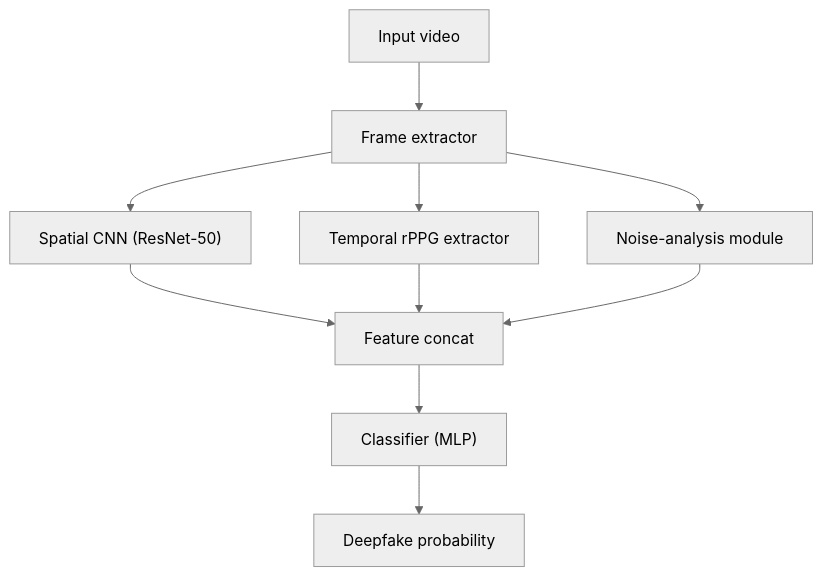
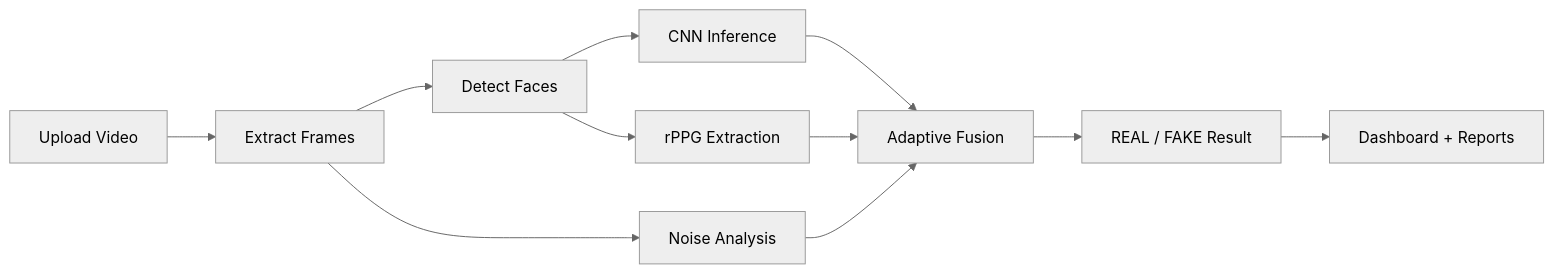
Before and after one commit to DHP065/Hybrid-Deepfake-Detection: the diagram in README.md, drawn with Mermaid (neutral theme). The commit also changed other lines of this file and 2 other files, not shown here.

````diff
--- a/README.md
+++ b/README.md
@@ -117,12 +165,13 @@
 ```mermaid
-flowchart TD
-    A["Input video"] --> B["Frame extractor"]
-    B --> C["Spatial CNN (ResNet-50)"]
-    B --> D["Temporal rPPG extractor"]
-    B --> E["Noise-analysis module"]
-    C --> F["Feature concat"]
-    D --> F
-    E --> F
-    F --> G["Classifier (MLP)"]
-    G --> H["Deepfake probability"]
+flowchart LR
+    A["Upload Video"] --> B["Extract Frames"]
+    B --> C["Detect Faces"]
+    C --> D["CNN Inference"]
+    C --> E["rPPG Extraction"]
+    B --> F["Noise Analysis"]
+    D --> G["Adaptive Fusion"]
+    E --> G
+    F --> G
+    G --> H["REAL / FAKE Result"]
+    H --> I["Dashboard + Reports"]
 ```
````
